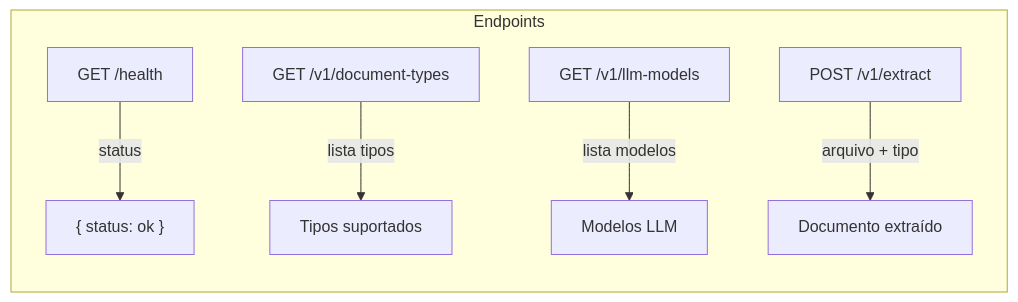
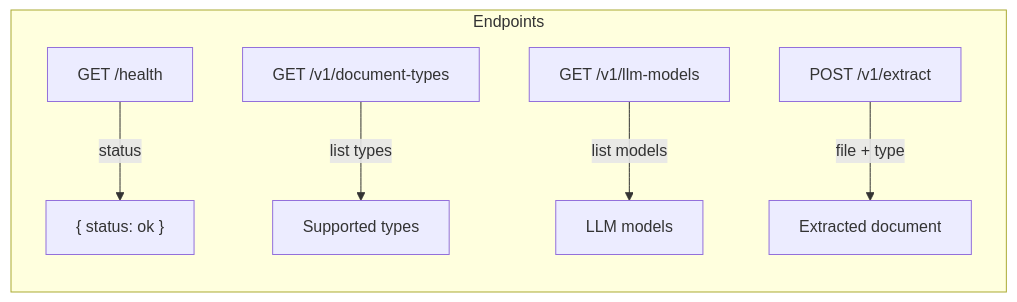
Before and after one commit to Amir-Youssef/document-extraction-benchmarks: the first of 3 diagrams in arquitetura.md, drawn with Mermaid. The commit also changed other lines of this file and 3 other files, not shown here.

````diff
--- a/arquitetura.md
+++ b/arquitetura.md
@@ -8,9 +8,9 @@
 ```mermaid
 flowchart LR
     subgraph Endpoints
         E1[GET /health] -->|status| H1["{ status: ok }"]
-        E2[GET /v1/document-types] -->|lista tipos| H2[Tipos suportados]
-        E3[GET /v1/llm-models] -->|lista modelos| H3[Modelos LLM]
-        E4[POST /v1/extract] -->|arquivo + tipo| H4[Documento extraído]
+        E2[GET /v1/document-types] -->|list types| H2[Supported types]
+        E3[GET /v1/llm-models] -->|list models| H3[LLM models]
+        E4[POST /v1/extract] -->|file + type| H4[Extracted document]
     end
 ```
````
